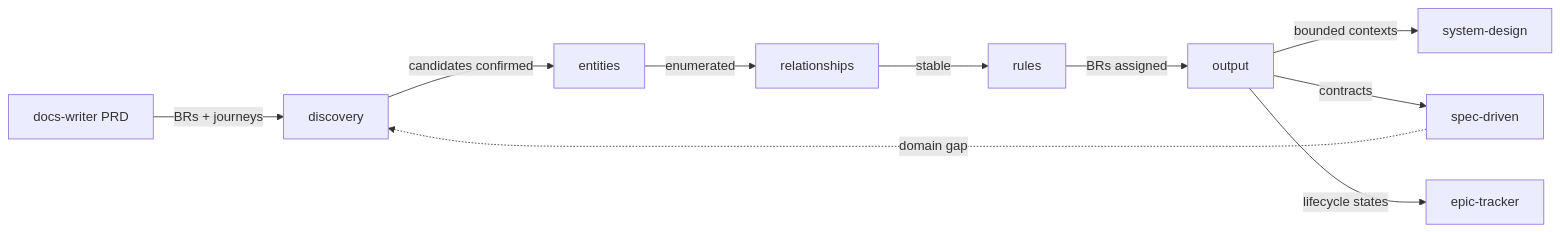
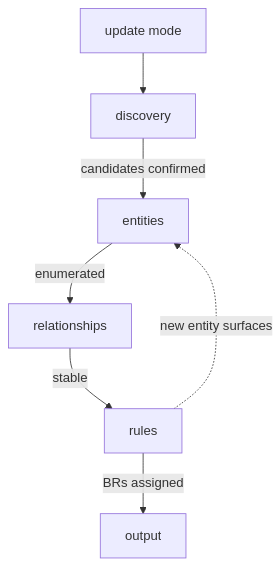
The diagram in skills/product/domain-model/README.md (adeonir/agent-skills), drawn with Mermaid before and after one commit. The commit also changed other lines of this file and 7 other files, not shown here.

````diff
--- a/skills/product/domain-model/README.md
+++ b/skills/product/domain-model/README.md
@@ -13,12 +7,9 @@
 ```mermaid
-flowchart LR
-    PRD[docs-writer PRD] -->|BRs + journeys| D[discovery]
-    D -->|candidates confirmed| E[entities]
+flowchart TD
+    D[discovery] -->|candidates confirmed| E[entities]
     E -->|enumerated| R[relationships]
     R -->|stable| RU[rules]
     RU -->|BRs assigned| O[output]
-    O -->|bounded contexts| SYS[system-design]
-    O -->|contracts| SD[spec-driven]
-    O -->|lifecycle states| ET[epic-tracker]
-    SD -.->|domain gap| D
+    RU -.->|new entity surfaces| E
+    UM[update mode] --> D
 ```
````
